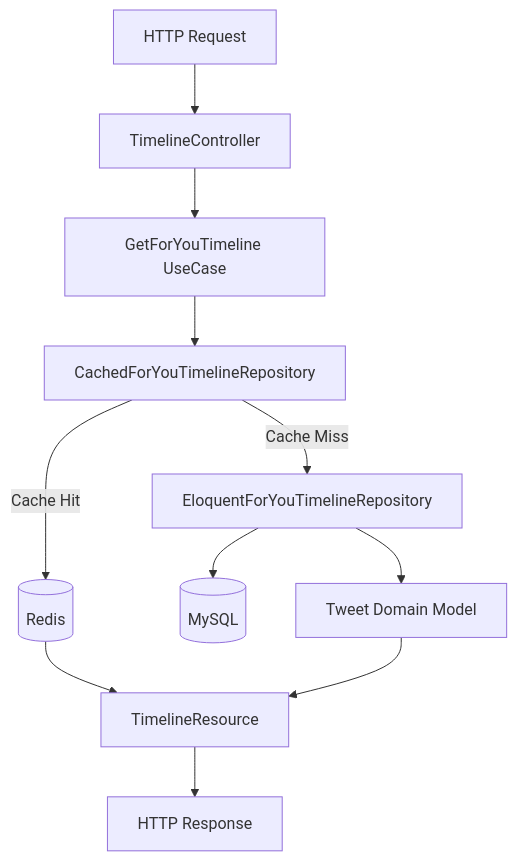
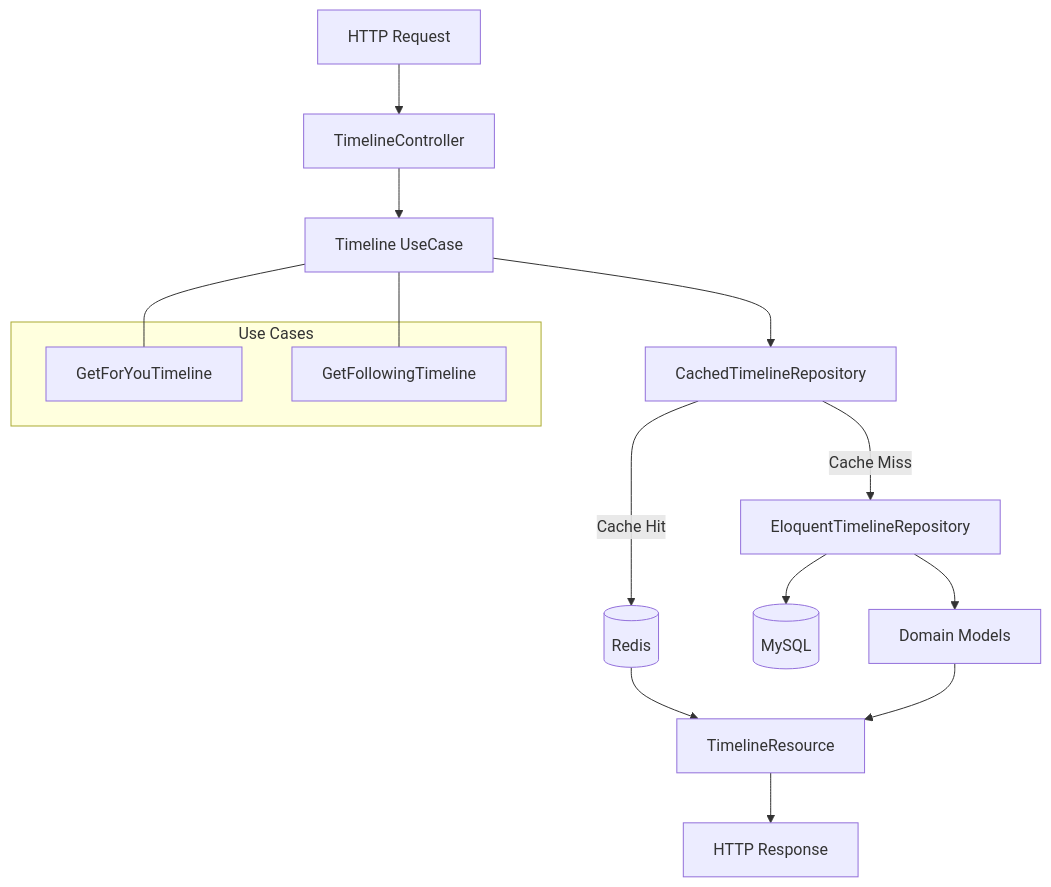
One commit to AlejoFM/tweeter-uala-backend changed the second of 2 diagrams in README.md. Above: the diagram before and after it, drawn with Mermaid. The commit also changed other lines of this file, not shown here.

Commit message:
[ FIX ] : Diagrama de flujo de los Timeline ajustados

````diff
--- a/README.md
+++ b/README.md
@@ -44,13 +44,21 @@
 ```mermaid
 graph TD
     A[HTTP Request] --> B[TimelineController]
-    B --> C[GetForYouTimeline UseCase]
-    C --> D[CachedForYouTimelineRepository]
-    D --> |Cache Miss| E[EloquentForYouTimelineRepository]
+    B --> C[Timeline UseCase]
+    C --> D[CachedTimelineRepository]
+    D --> |Cache Miss| E[EloquentTimelineRepository]
     D --> |Cache Hit| F[(Redis)]
     E --> G[(MySQL)]
-    E --> H[Tweet Domain Model]
+    E --> H[Domain Models]
     F --> I[TimelineResource]
     H --> I
     I --> J[HTTP Response]
+
+    subgraph "Use Cases"
+    UC1[GetForYouTimeline]
+    UC2[GetFollowingTimeline]
+    end
+
+    C --- UC1
+    C --- UC2
 ```
````
